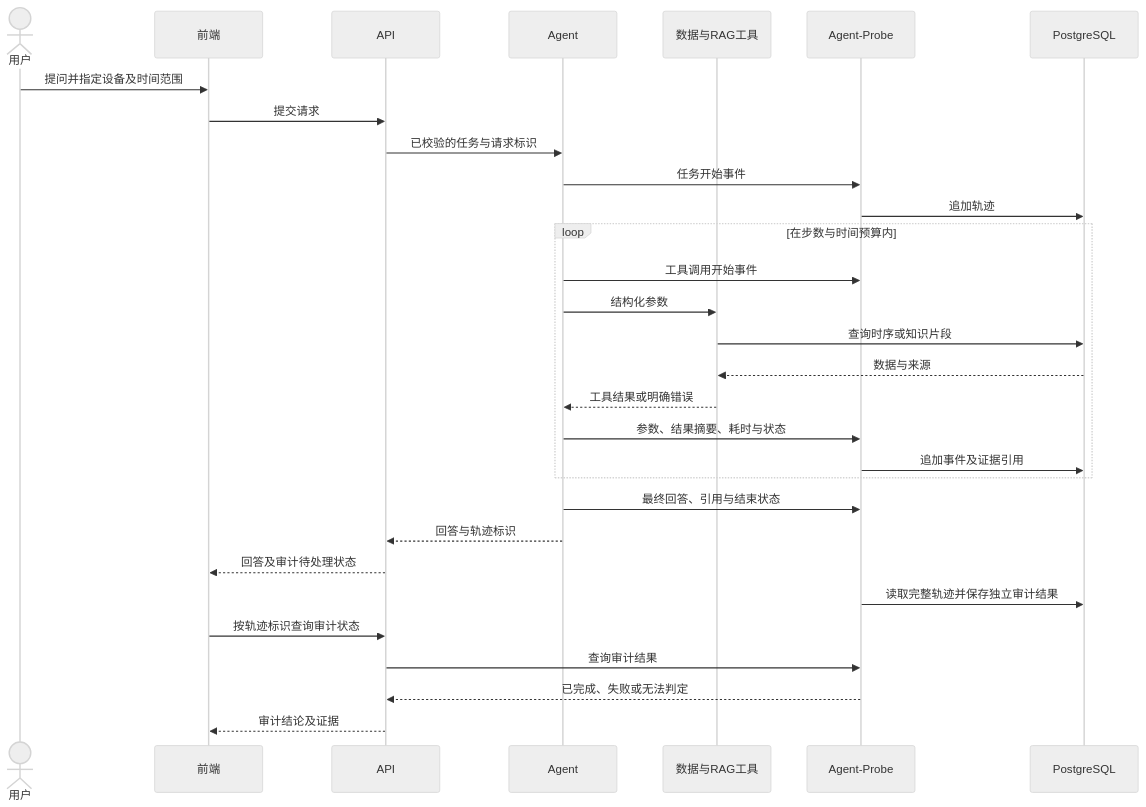
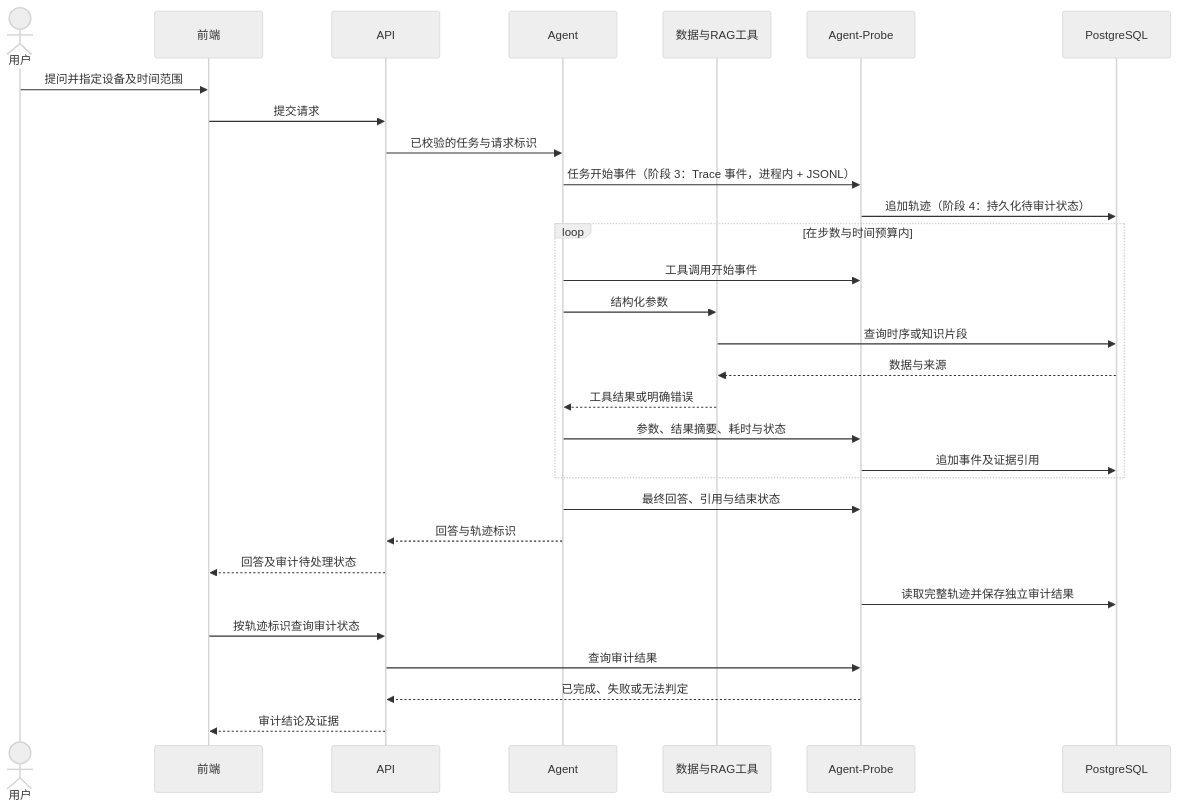
One commit to lucien-lab/industrial-agent-audit changed the second of 2 diagrams in docs/architecture.md. Above: the diagram before and after it, drawn with Mermaid (neutral theme). The commit also changed other lines of this file and 46 other files, not shown here.

````diff
--- a/docs/architecture.md
+++ b/docs/architecture.md
@@ -130,32 +162,32 @@
 ```mermaid
 sequenceDiagram
     actor U as 用户
     participant F as 前端
     participant A as API
     participant G as Agent
     participant T as 数据与RAG工具
     participant P as Agent-Probe
     participant D as PostgreSQL
     U->>F: 提问并指定设备及时间范围
     F->>A: 提交请求
     A->>G: 已校验的任务与请求标识
-    G->>P: 任务开始事件
-    P->>D: 追加轨迹
+    G->>P: 任务开始事件（阶段 3：Trace 事件，进程内 + JSONL）
+    P->>D: 追加轨迹（阶段 4：持久化待审计状态）
     loop 在步数与时间预算内
         G->>P: 工具调用开始事件
         G->>T: 结构化参数
         T->>D: 查询时序或知识片段
         D-->>T: 数据与来源
         T-->>G: 工具结果或明确错误
         G->>P: 参数、结果摘要、耗时与状态
         P->>D: 追加事件及证据引用
     end
     G->>P: 最终回答、引用与结束状态
     G-->>A: 回答与轨迹标识
     A-->>F: 回答及审计待处理状态
     P->>D: 读取完整轨迹并保存独立审计结果
     F->>A: 按轨迹标识查询审计状态
     A->>P: 查询审计结果
     P-->>A: 已完成、失败或无法判定
     A-->>F: 审计结论及证据
 ```
````
